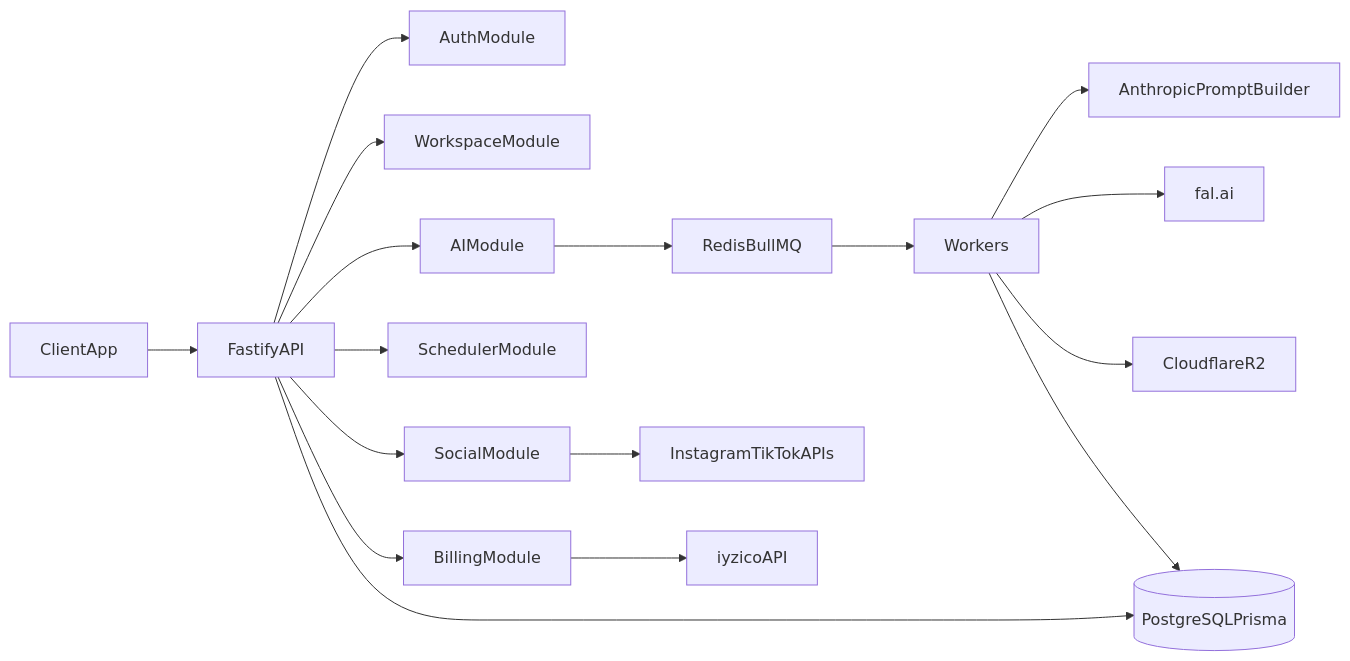
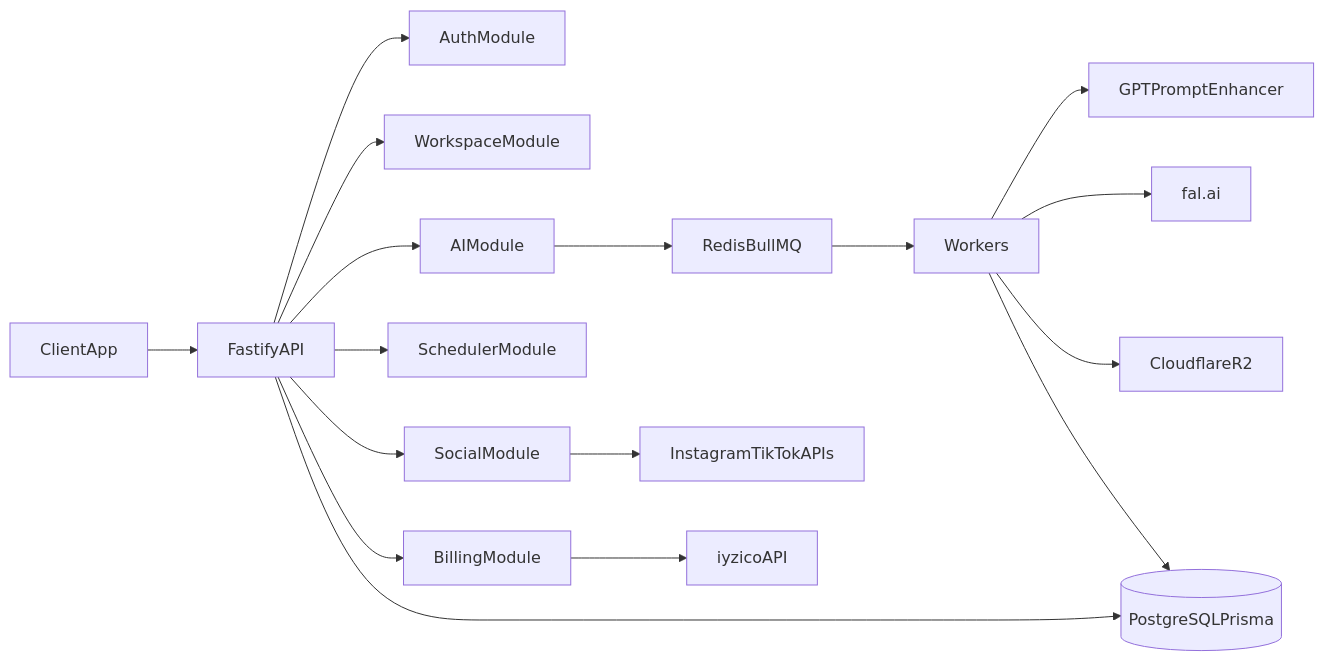
The first of 2 diagrams in docs/API.md (Berkay-Akar/aigency), drawn with Mermaid before and after one commit. The commit also changed other lines of this file and 235 other files, not shown here.

Commit message:
Update environment configuration with Redis and OpenAI API keys, remove deprecated Anthropic API key, and enhance package dependencies. Introduce new application structure with health check routes and AI generation functionality.

````diff
--- a/docs/API.md
+++ b/docs/API.md
@@ -57,21 +57,21 @@
 ```mermaid
 flowchart LR
   Client[ClientApp] --> API[FastifyAPI]
   API --> Auth[AuthModule]
   API --> Workspace[WorkspaceModule]
   API --> AIModule[AIModule]
   API --> Scheduler[SchedulerModule]
   API --> Billing[BillingModule]
   API --> Social[SocialModule]
 
   AIModule --> Queue[RedisBullMQ]
   Queue --> Worker[Workers]
-  Worker --> Claude[AnthropicPromptBuilder]
+  Worker --> OpenAI[GPTPromptEnhancer]
   Worker --> FalAI[fal.ai]
   Worker --> R2[CloudflareR2]
   Worker --> DB[(PostgreSQLPrisma)]
 
   API --> DB
   Social --> ExternalSocial[InstagramTikTokAPIs]
   Billing --> Iyzico[iyzicoAPI]
 ```
````
